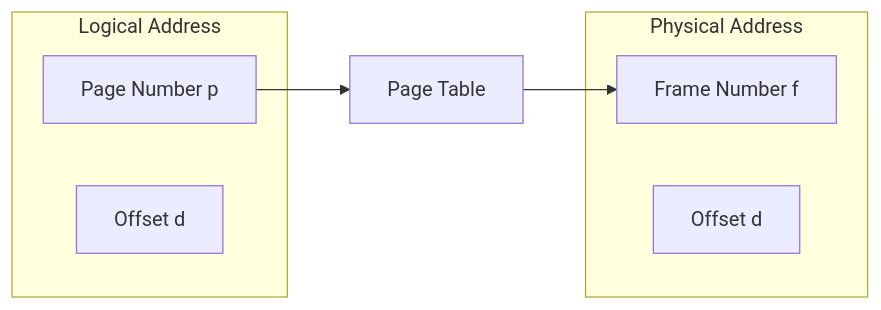
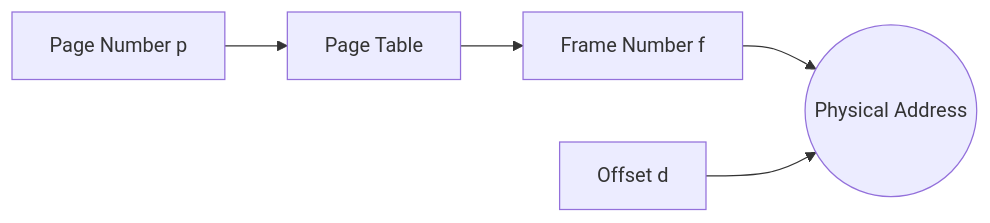
The seventh of 8 diagrams in 03 - ICT/Subtopics/OS Process & Memory Management.md (zenyyxz/Zen_dx-Notes), drawn with Mermaid before and after one commit. The commit also changed other lines of this file and 1 other file, not shown here.

````diff
--- a/03 - ICT/Subtopics/OS Process & Memory Management.md
+++ b/03 - ICT/Subtopics/OS Process & Memory Management.md
@@ -187,15 +214,7 @@
 ``` mermaid
 flowchart LR
-    subgraph Logical Address
-        p[Page Number p]
-        d1[Offset d]
-    end
-
-    p --> PT[Page Table]
+    p[Page Number p] --> PT[Page Table]
     PT --> f[Frame Number f]
-
-    subgraph Physical Address
-        f
-        d2[Offset d]
-    end
+    f --> PA((Physical Address))
+    d[Offset d] --> PA
 ```
````
